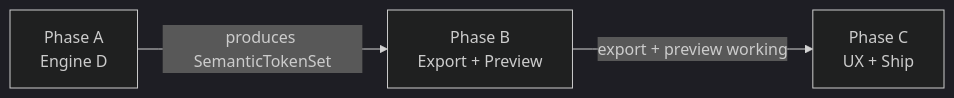
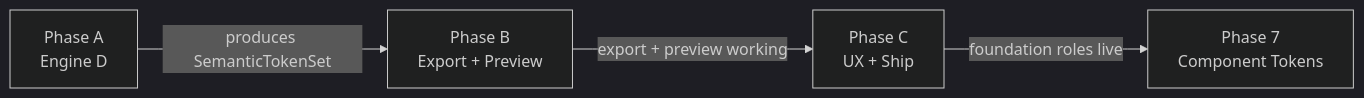
Before and after one commit to emilepatry/Colour-systems-v2: the second of 2 diagrams in planning/V2-PRODUCT.md, drawn with Mermaid (dark theme). The commit also changed other lines of this file and 204 other files, not shown here.

````diff
--- a/planning/V2-PRODUCT.md
+++ b/planning/V2-PRODUCT.md
@@ -63,8 +63,10 @@
 ```mermaid
 flowchart LR
     phaseA["Phase A\nEngine D"]
     phaseB["Phase B\nExport + Preview"]
     phaseC["Phase C\nUX + Ship"]
+    phase7["Phase 7\nComponent Tokens"]
     phaseA -->|"produces SemanticTokenSet"| phaseB
     phaseB -->|"export + preview working"| phaseC
+    phaseC -->|"foundation roles live"| phase7
 ```
````
